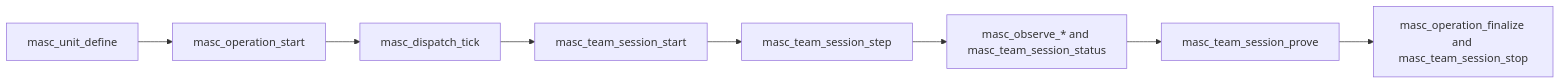
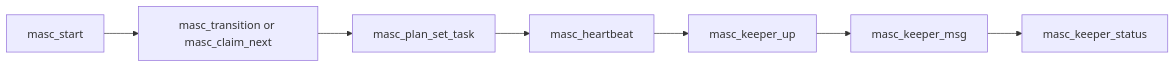
The third of 5 diagrams in docs/MCP-SURFACE-AUDIT.md (jeong-sik/masc), drawn with Mermaid before and after one commit. The commit also changed other lines of this file and 38 other files, not shown here.

````diff
--- a/docs/MCP-SURFACE-AUDIT.md
+++ b/docs/MCP-SURFACE-AUDIT.md
@@ -102,10 +97,9 @@
 ```mermaid
 flowchart LR
-  Unit[masc_unit_define] --> OpStart[masc_operation_start]
-  OpStart --> Dispatch[masc_dispatch_tick]
-  Dispatch --> Session[masc_team_session_start]
-  Session --> Step[masc_team_session_step]
-  Step --> Observe[masc_observe_* and masc_team_session_status]
-  Observe --> Proof[masc_team_session_prove]
-  Proof --> Finalize[masc_operation_finalize and masc_team_session_stop]
+  Start[masc_start] --> Claim[masc_transition or masc_claim_next]
+  Claim --> Plan[masc_plan_set_task]
+  Plan --> Heartbeat[masc_heartbeat]
+  Heartbeat --> KeeperUp[masc_keeper_up]
+  KeeperUp --> KeeperMsg[masc_keeper_msg]
+  KeeperMsg --> KeeperStatus[masc_keeper_status]
 ```
````
